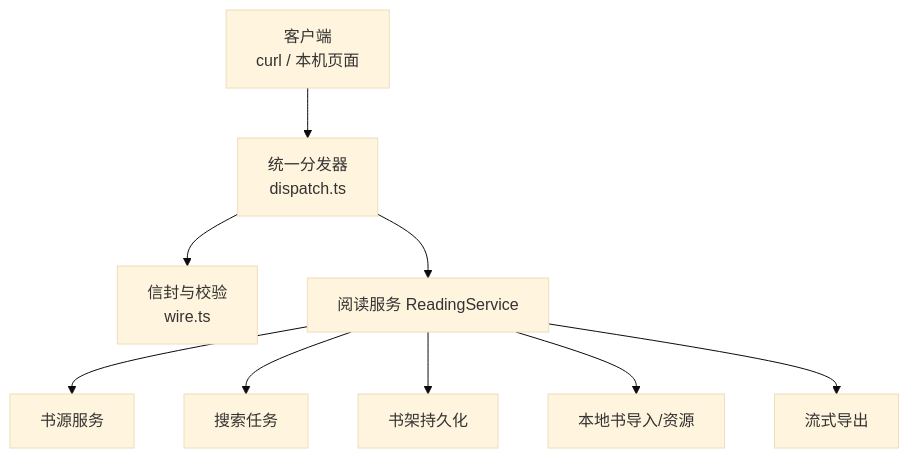
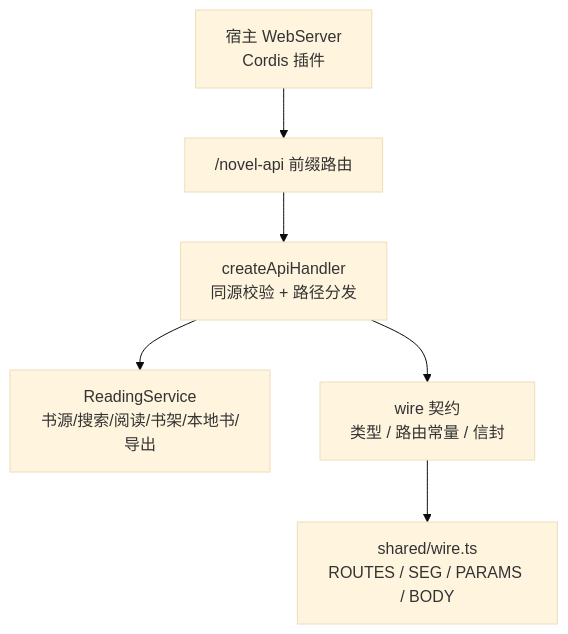
The first of 3 diagrams in .qoder/repowiki/zh/content/HTTP API 参考/HTTP API 参考.md (xrn1997/dsh-novel), drawn with Mermaid (base theme) before and after one commit. The commit also changed other lines of this file and 73 other files, not shown here.

````diff
--- a/.qoder/repowiki/zh/content/HTTP API 参考/HTTP API 参考.md
+++ b/.qoder/repowiki/zh/content/HTTP API 参考/HTTP API 参考.md
@@ -36,11 +42,8 @@
 ```mermaid
 graph TB
-    Client["客户端<br/>curl / 本机页面"] --> Dispatcher["统一分发器<br/>dispatch.ts"]
-    Dispatcher --> Wire["信封与校验<br/>wire.ts"]
-    Dispatcher --> Service["阅读服务 ReadingService"]
-    Service --> Sources["书源服务"]
-    Service --> Search["搜索任务"]
-    Service --> Shelf["书架持久化"]
-    Service --> Local["本地书导入/资源"]
-    Service --> Export["流式导出"]
+  Host["宿主 WebServer<br/>Cordis 插件"] --> Prefix["/novel-api 前缀路由"]
+  Prefix --> Dispatcher["createApiHandler<br/>同源校验 + 路径分发"]
+  Dispatcher --> Service["ReadingService<br/>书源/搜索/阅读/书架/本地书/导出"]
+  Dispatcher --> Wire["wire 契约<br/>类型 / 路由常量 / 信封"]
+  Wire --> Shared["shared/wire.ts<br/>ROUTES / SEG / PARAMS / BODY"]
 ```
````
